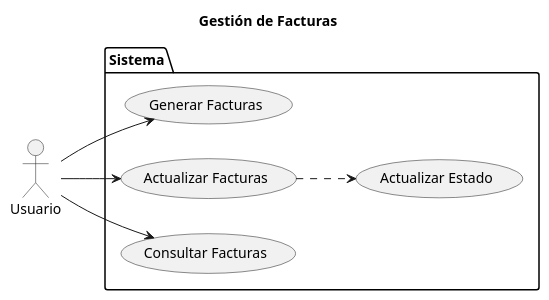
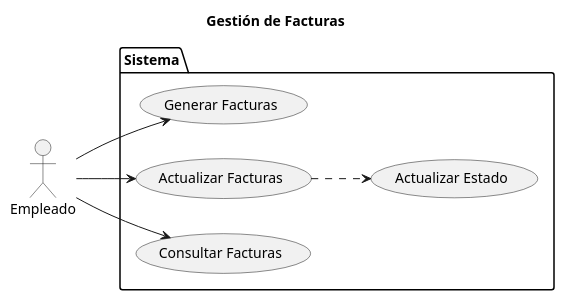
One commit to marcelolezcanodev/GarageGuru changed the diagram in Diagramas/caso_de_uso_Factura.plantuml. Above: the diagram before and after it, drawn with PlantUML. The commit also changed 17 other files, not shown here.

```diff
--- a/Diagramas/caso_de_uso_Factura.plantuml
+++ b/Diagramas/caso_de_uso_Factura.plantuml
@@ -1,24 +1,24 @@
-@startuml factura
+@startuml CU_Factura
 
 left to right direction
 
 title Gestión de Facturas
 
-actor Usuario as User
+actor Empleado as User
 
 package Sistema {
 
     USECASE "Generar Facturas" as UC_Generar
     USECASE "Actualizar Facturas" as UC_Editar
     USECASE "Consultar Facturas" as UC_Consultar
     USECASE "Actualizar Estado" as UC_Actualizar_Estado
 
     UC_Editar ..> UC_Actualizar_Estado
 
 }
 
 User --> UC_Generar
 User --> UC_Editar
 User --> UC_Consultar
 
 @enduml
```
